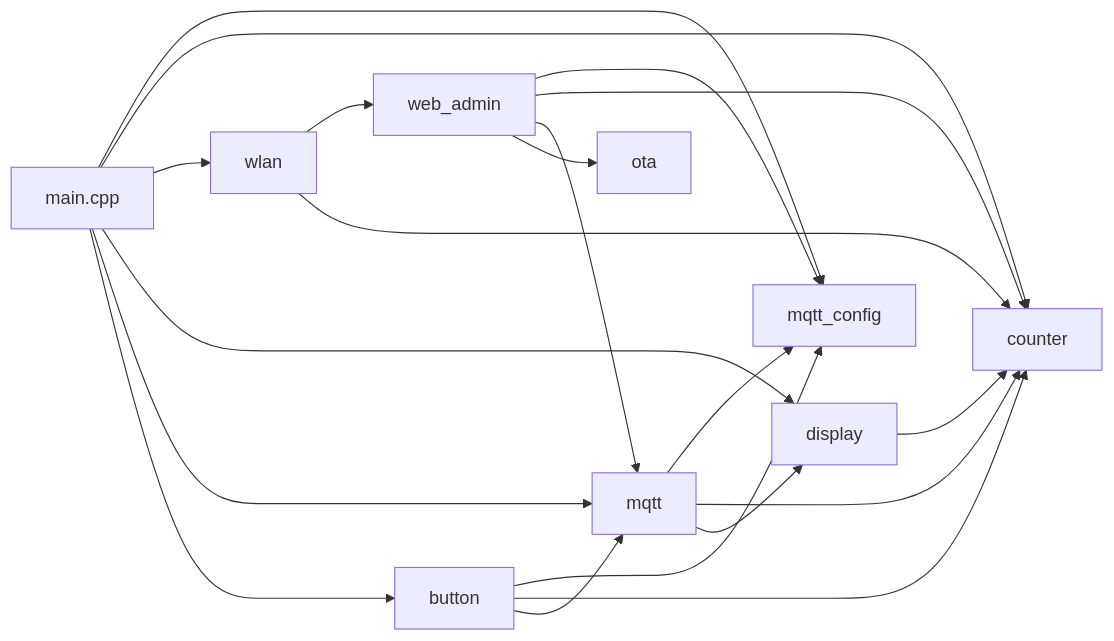
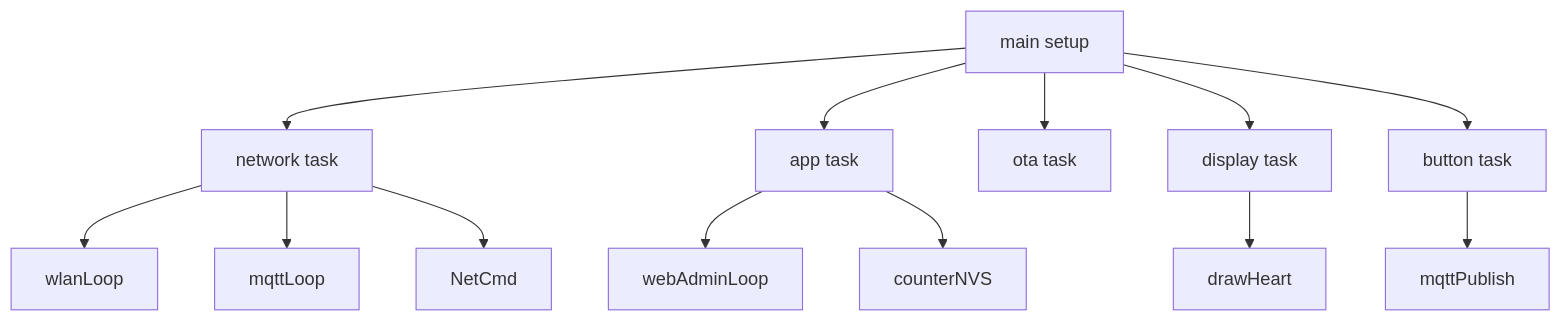
One commit to EyJunge1/chaya2mqtt changed the first of 3 diagrams in docs/ARCHITECTURE.md. Above: the diagram before and after it, drawn with Mermaid. The commit also changed other lines of this file and 10 other files, not shown here.

````diff
--- a/docs/ARCHITECTURE.md
+++ b/docs/ARCHITECTURE.md
@@ -26,32 +7,25 @@
 ```mermaid
-flowchart LR
-    main[main.cpp]
-    cfg[mqtt_config]
-    ctr[counter]
-    wlan[wlan]
-    web[web_admin]
-    otaMod[ota]
-    dsp[display]
-    mq[mqtt]
-    btn[button]
+flowchart TB
+    setup[main setup]
+    net[network task]
+    app[app task]
+    ota[ota task]
+    disp[display task]
+    btn[button task]
 
-    main --> cfg
-    main --> ctr
-    main --> wlan
-    main --> dsp
-    main --> mq
-    main --> btn
-    btn --> cfg
-    btn --> ctr
-    btn --> mq
-    mq --> cfg
-    mq --> ctr
-    mq --> dsp
-    dsp --> ctr
-    wlan --> web
-    wlan --> ctr
-    web --> cfg
-    web --> ctr
-    web --> mq
-    web --> otaMod
+    setup --> net
+    setup --> app
+    setup --> ota
+    setup --> disp
+    setup --> btn
+
+    net --> wlanLoop
+    net --> mqttLoop
+    net --> NetCmd
+
+    app --> webAdminLoop
+    app --> counterNVS
+
+    btn --> mqttPublish
+    disp --> drawHeart
 ```
````
